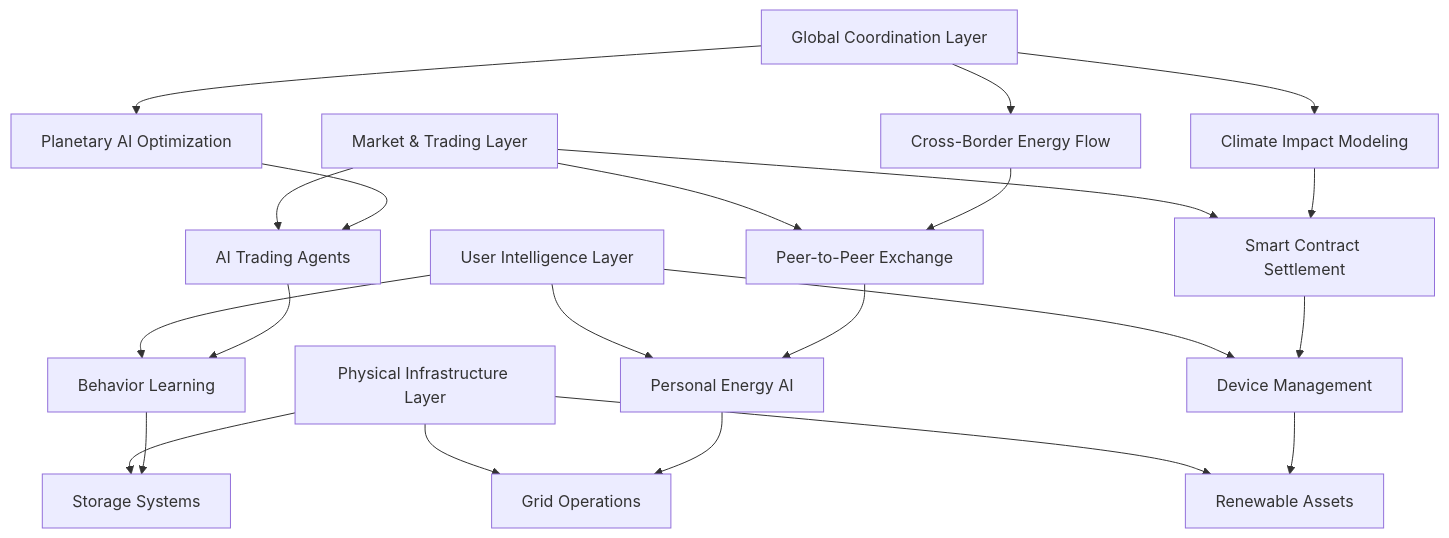
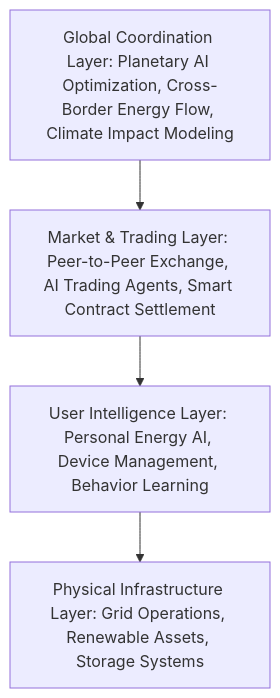
Before and after one commit to CaetanoLuis-Enerwise/EnerwiseHQ-: the first of 2 diagrams in Tech_Blueprint.md, drawn with Mermaid.

Commit message:
Tech_Blueprint.md

````diff
--- a/Tech_Blueprint.md
+++ b/Tech_Blueprint.md
@@ -7,49 +7,4 @@
 ```mermaid
-graph TB
-    A[Global Coordination Layer]
-    B[Market & Trading Layer] 
-    C[User Intelligence Layer]
-    D[Physical Infrastructure Layer]
-    
-    A1[Planetary AI Optimization]
-    A2[Cross-Border Energy Flow]
-    A3[Climate Impact Modeling]
-    
-    B1[Peer-to-Peer Exchange]
-    B2[AI Trading Agents]
-    B3[Smart Contract Settlement]
-    
-    C1[Personal Energy AI]
-    C2[Device Management]
-    C3[Behavior Learning]
-    
-    D1[Grid Operations]
-    D2[Renewable Assets]
-    D3[Storage Systems]
-    
-    A --> A1
-    A --> A2
-    A --> A3
-    
-    B --> B1
-    B --> B2
-    B --> B3
-    
-    C --> C1
-    C --> C2
-    C --> C3
-    
-    D --> D1
-    D --> D2
-    D --> D3
-    
-    A1 --> B2
-    A2 --> B1
-    A3 --> B3
-    B1 --> C1
-    B2 --> C3
-    B3 --> C2
-    C1 --> D1
-    C2 --> D2
-    C3 --> D3
+graph TD; A[Global Coordination Layer: Planetary AI Optimization, Cross-Border Energy Flow, Climate Impact Modeling] --> B[Market & Trading Layer: Peer-to-Peer Exchange, AI Trading Agents, Smart Contract Settlement]; B --> C[User Intelligence Layer: Personal Energy AI, Device Management, Behavior Learning]; C --> D[Physical Infrastructure Layer: Grid Operations, Renewable Assets, Storage Systems];
+
 ```
````
